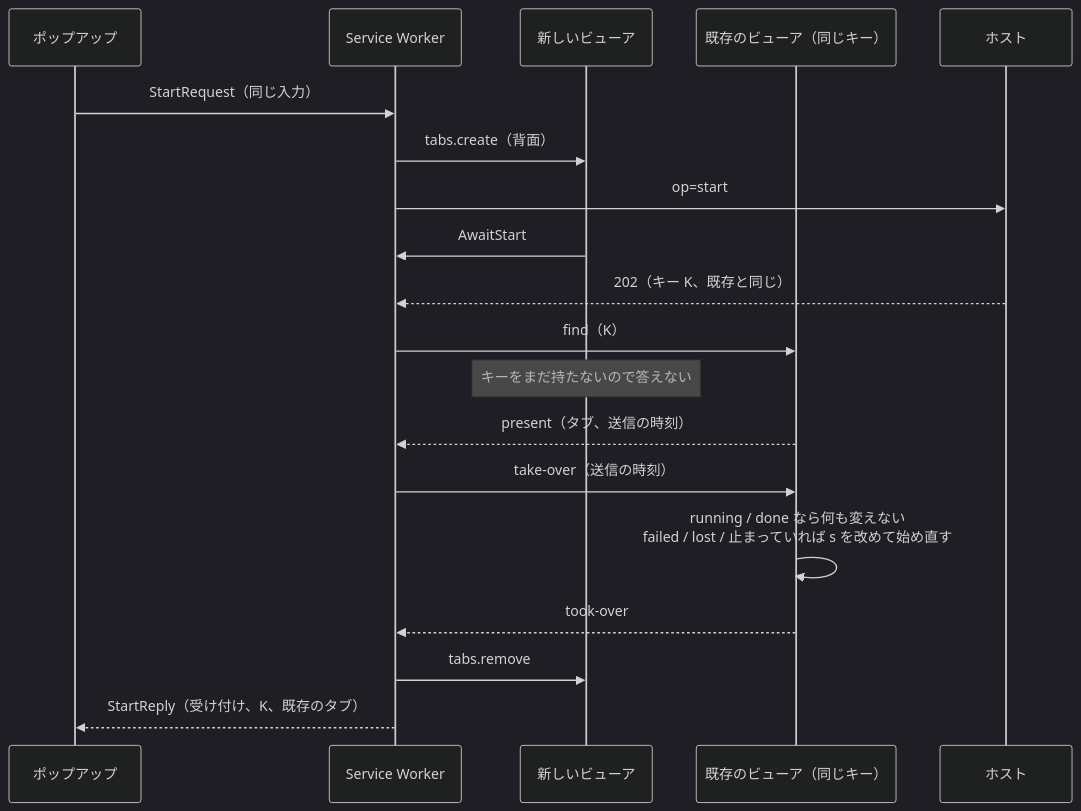
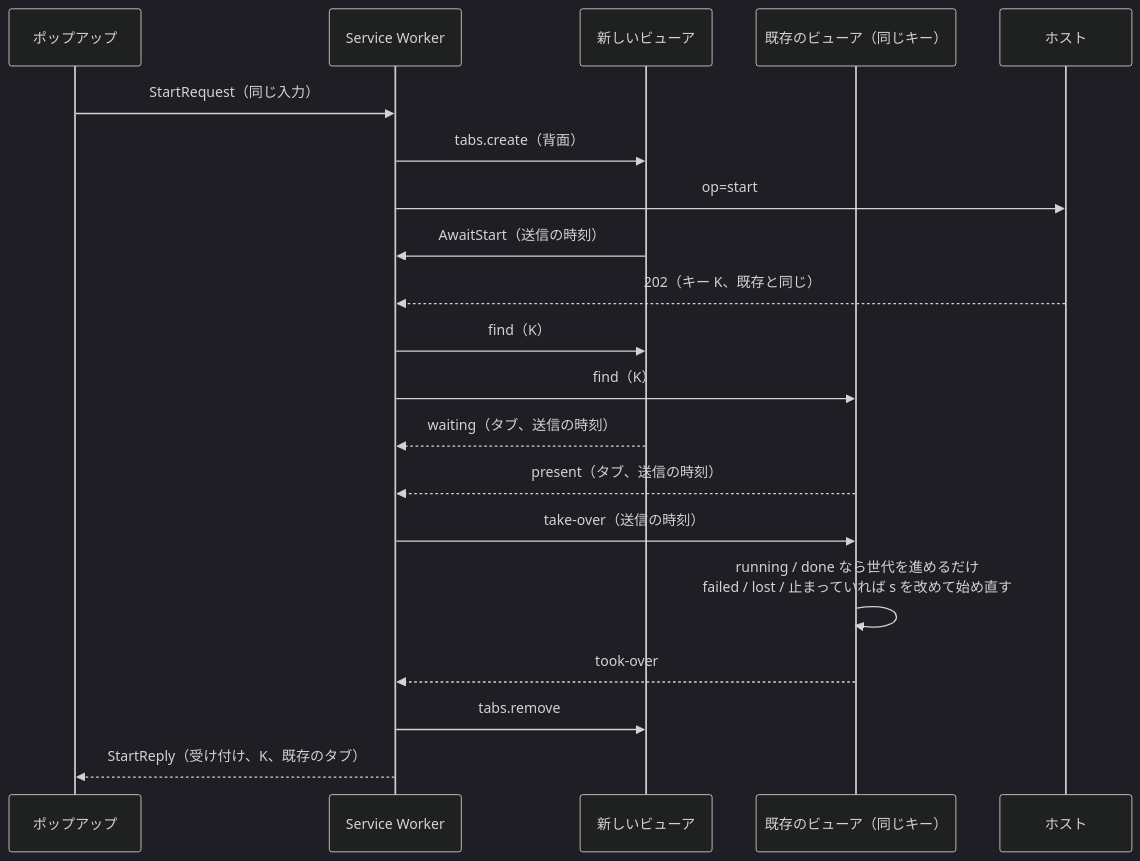
The seventh of 11 diagrams in docs/tasks/0050_viewer_tab/02_architecture.md (isseis/yt2column), drawn with Mermaid (dark theme) before and after one commit. The commit also changed other lines of this file, not shown here.

First line of the commit message:
docs(0050): address the architecture review and polish the Japanese

````diff
--- a/docs/tasks/0050_viewer_tab/02_architecture.md
+++ b/docs/tasks/0050_viewer_tab/02_architecture.md
@@ -1078,22 +1606,23 @@
 ```mermaid
 sequenceDiagram
     participant P as ポップアップ
     participant S as Service Worker
     participant N as 新しいビューア
     participant E as 既存のビューア（同じキー）
     participant H as ホスト
 
     P->>S: StartRequest（同じ入力）
     S->>N: tabs.create（背面）
     S->>H: op=start
-    N->>S: AwaitStart
+    N->>S: AwaitStart（送信の時刻）
     H-->>S: 202（キー K、既存と同じ）
+    S->>N: find（K）
     S->>E: find（K）
-    Note over N: キーをまだ持たないので答えない
+    N-->>S: waiting（タブ、送信の時刻）
     E-->>S: present（タブ、送信の時刻）
     S->>E: take-over（送信の時刻）
-    E->>E: running / done なら何も変えない<br>failed / lost / 止まっていれば s を改めて始め直す
+    E->>E: running / done なら世代を進めるだけ<br>failed / lost / 止まっていれば s を改めて始め直す
     E-->>S: took-over
     S->>N: tabs.remove
     S-->>P: StartReply（受け付け、K、既存のタブ）
 ```
````
